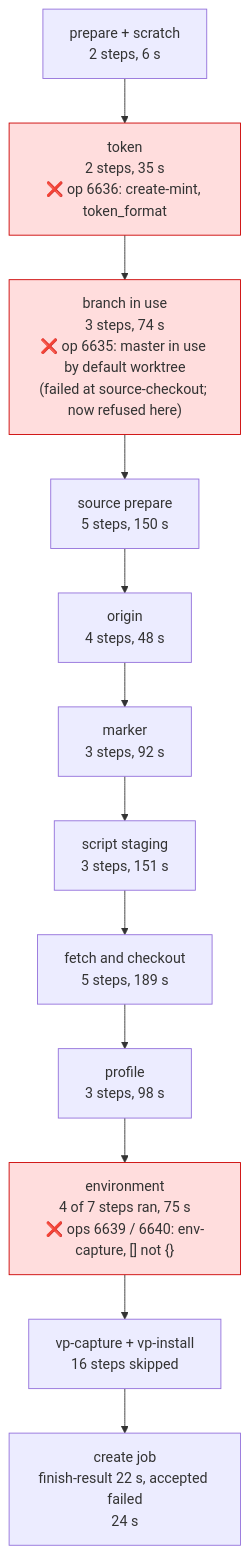
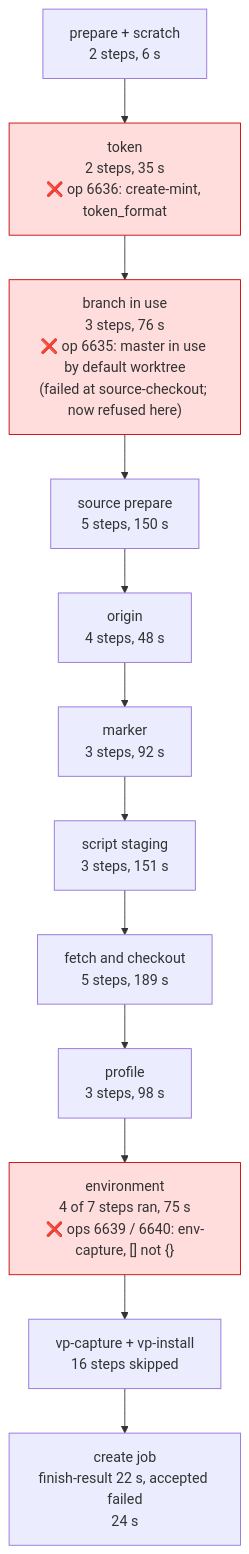
One commit to hardimpactdev/orbit changed the third of 3 diagrams in docs/swamp/diagrams/instance-create.md. Above: the diagram before and after it, drawn with Mermaid. The commit also changed other lines of this file, not shown here.

Commit message:
docs(swamp): correct create diagram facts from review

````diff
--- a/docs/swamp/diagrams/instance-create.md
+++ b/docs/swamp/diagrams/instance-create.md
@@ -179,19 +181,19 @@
 ```mermaid
 flowchart TD
   P0["prepare + scratch<br/>2 steps, 6 s"]
   T["token<br/>2 steps, 35 s<br/>❌ op 6636: create-mint, token_format"]
-  BR["branch in use<br/>3 steps, 74 s<br/>❌ op 6635: master in use by default worktree<br/>(failed at source-checkout; now refused here)"]
+  BR["branch in use<br/>3 steps, 76 s<br/>❌ op 6635: master in use by default worktree<br/>(failed at source-checkout; now refused here)"]
   SP["source prepare<br/>5 steps, 150 s"]
   OR["origin<br/>4 steps, 48 s"]
   MK["marker<br/>3 steps, 92 s"]
   SC["script staging<br/>3 steps, 151 s"]
   FC["fetch and checkout<br/>5 steps, 189 s"]
   PR["profile<br/>3 steps, 98 s"]
   EN["environment<br/>4 of 7 steps ran, 75 s<br/>❌ ops 6639 / 6640: env-capture, [] not {}"]
   VP["vp-capture + vp-install<br/>16 steps skipped"]
   FIN["create job<br/>finish-result 22 s, accepted failed<br/>24 s"]
   P0 --> T --> BR --> SP --> OR --> MK --> SC --> FC --> PR --> EN --> VP --> FIN
 
   classDef fail fill:#fdd,stroke:#c00;
   class T,BR,EN fail;
 ```
````
